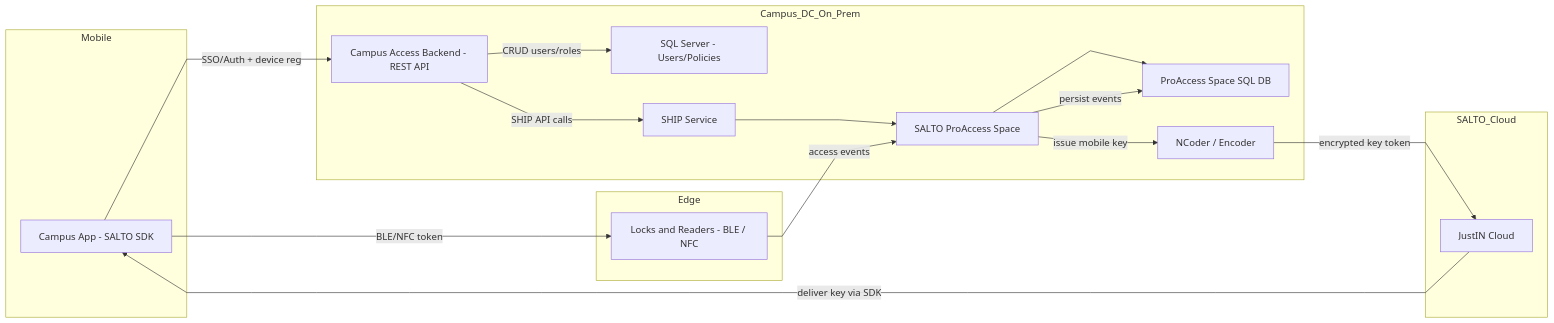
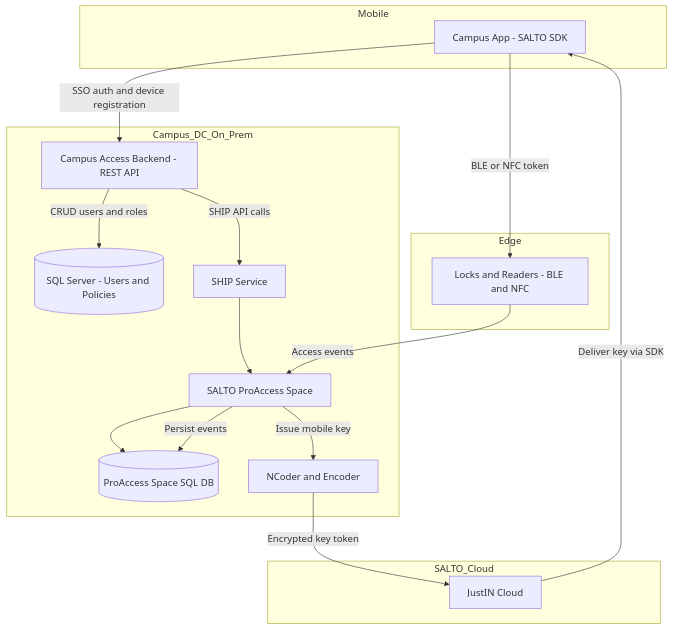
Before and after one commit to cput-sec/smartaccess: the first of 4 diagrams in README.md, drawn with Mermaid. The commit also changed other lines of this file, not shown here.

Commit message:
Updated README.md with the mobile app specification.

````diff
--- a/README.md
+++ b/README.md
@@ -80,33 +80,35 @@
 ```mermaid
-%%{init: {"flowchart": {"curve": "linear", "htmlLabels": true, "useMaxWidth": true}}}%%
-flowchart LR
-    subgraph Mobile
-      App[Campus App - SALTO SDK]
-    end
-    subgraph Campus_DC_On_Prem
-      BE[Campus Access Backend - REST API]
-      DB[SQL Server - Users/Policies]
-      Ship[SHIP Service]
-      Space[SALTO ProAccess Space]
-      SpaceDB[ProAccess Space SQL DB]
-      NCoder[NCoder / Encoder]
-    end
-    subgraph SALTO_Cloud
-      JIC[JustIN Cloud]
-    end
-    subgraph Edge
-      Lock[Locks and Readers - BLE / NFC]
-    end
+flowchart TD
+  subgraph Mobile
+    App[Campus App - SALTO SDK]
+  end
 
-    App -- SSO/Auth + device reg --> BE
-    BE -- CRUD users/roles --> DB
-    BE -- SHIP API calls --> Ship
-    Ship --> Space
-    Space --> SpaceDB
-    Space -- issue mobile key --> NCoder
-    NCoder -- encrypted key token --> JIC
-    JIC -- deliver key via SDK --> App
-    App -- BLE/NFC token --> Lock
-    Lock -- access events --> Space
-    Space -- persist events --> SpaceDB
+  subgraph Campus_DC_On_Prem
+    BE[Campus Access Backend - REST API]
+    DB[(SQL Server - Users and Policies)]
+    SHIP[SHIP Service]
+    Space[SALTO ProAccess Space]
+    SpaceDB[(ProAccess Space SQL DB)]
+    NCoder[NCoder and Encoder]
+  end
+
+  subgraph SALTO_Cloud
+    JIC[JustIN Cloud]
+  end
+
+  subgraph Edge
+    Lock[Locks and Readers - BLE and NFC]
+  end
+
+  App -->|SSO auth and device registration| BE
+  BE -->|CRUD users and roles| DB
+  BE -->|SHIP API calls| SHIP
+  SHIP --> Space
+  Space --> SpaceDB
+  Space -->|Issue mobile key| NCoder
+  NCoder -->|Encrypted key token| JIC
+  JIC -->|Deliver key via SDK| App
+  App -->|BLE or NFC token| Lock
+  Lock -->|Access events| Space
+  Space -->|Persist events| SpaceDB
 ```
````
